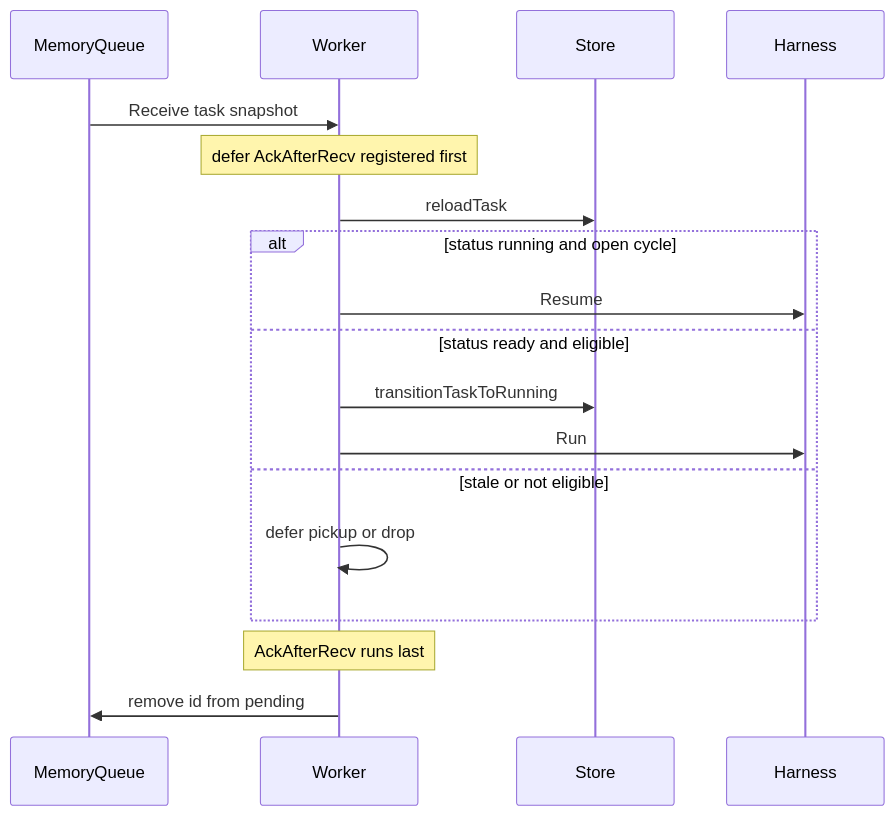
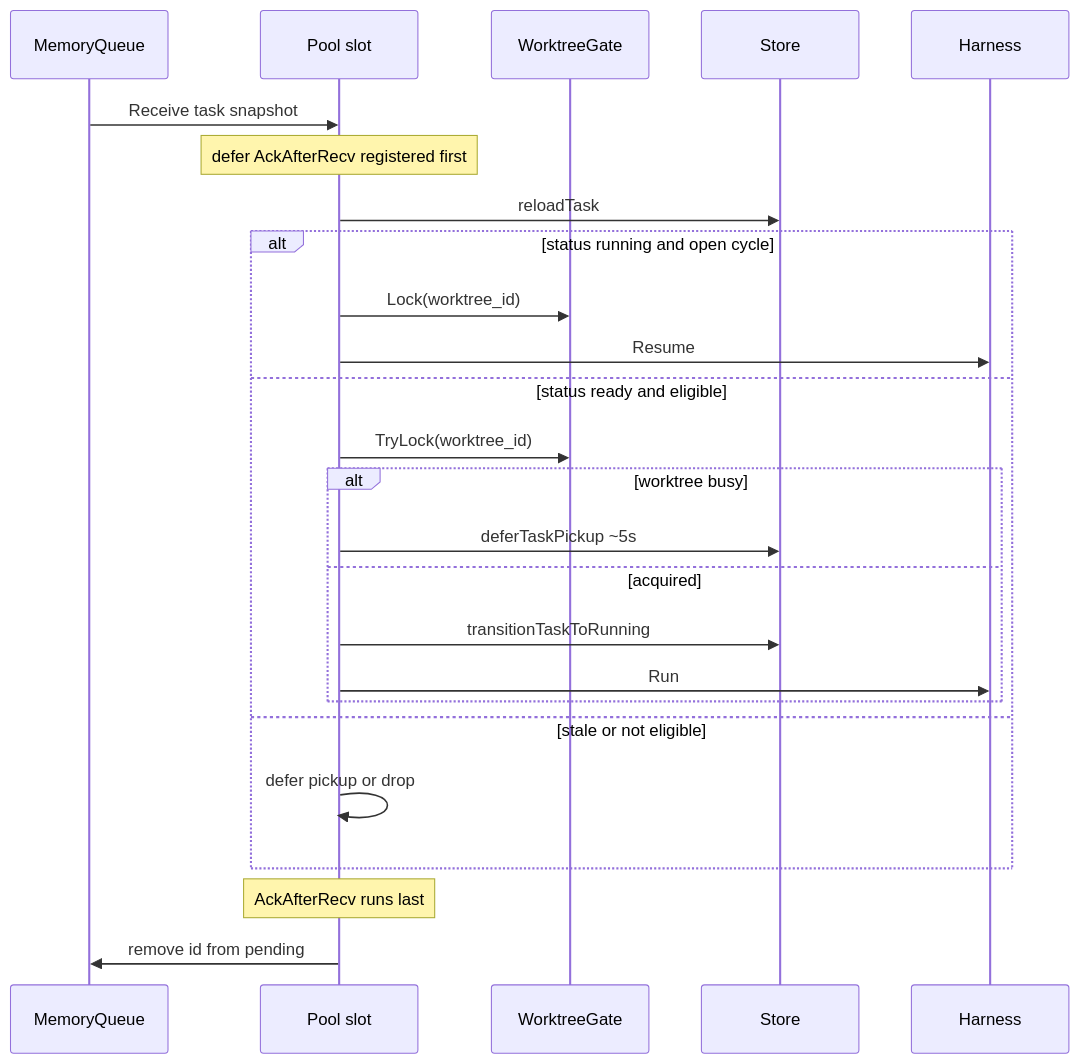
One commit to AlexsanderHamir/Hamix changed the second of 2 diagrams in docs/domain/agent-queue.md. Above: the diagram before and after it, drawn with Mermaid. The commit also changed other lines of this file and 7 other files, not shown here.

First line of the commit message:
feat(worker): parallel agent pool with per-worktree admission (#82)

````diff
--- a/docs/domain/agent-queue.md
+++ b/docs/domain/agent-queue.md
@@ -154,21 +154,28 @@
 ```mermaid
 sequenceDiagram
   participant Q as MemoryQueue
-  participant W as Worker
+  participant W as Pool slot
+  participant G as WorktreeGate
   participant S as Store
   participant H as Harness
 
   Q->>W: Receive task snapshot
   Note over W: defer AckAfterRecv registered first
   W->>S: reloadTask
   alt status running and open cycle
+    W->>G: Lock(worktree_id)
     W->>H: Resume
   else status ready and eligible
-    W->>S: transitionTaskToRunning
-    W->>H: Run
+    W->>G: TryLock(worktree_id)
+    alt worktree busy
+      W->>S: deferTaskPickup ~5s
+    else acquired
+      W->>S: transitionTaskToRunning
+      W->>H: Run
+    end
   else stale or not eligible
     W->>W: defer pickup or drop
   end
   Note over W: AckAfterRecv runs last
   W->>Q: remove id from pending
 ```
````
